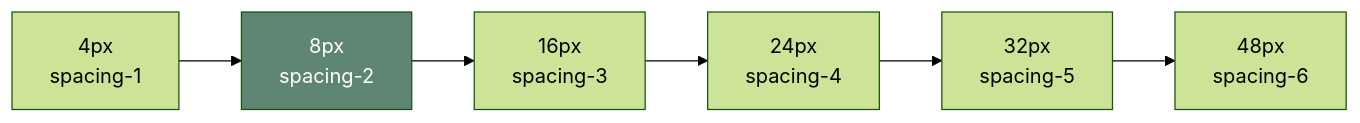
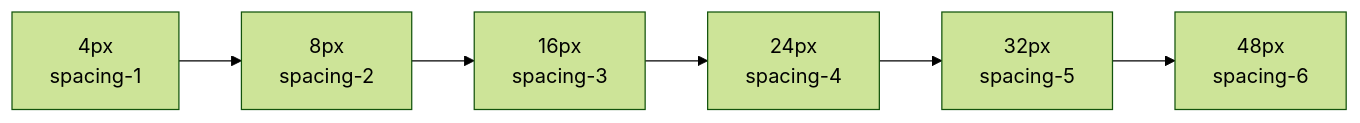
The second of 2 diagrams in _docs/technical/frontend/themes/README.md (haowjy/meridian-flow), drawn with Mermaid (forest theme) before and after one commit. The commit also changed other lines of this file and 46 other files, not shown here.

````diff
--- a/_docs/technical/frontend/themes/README.md
+++ b/_docs/technical/frontend/themes/README.md
@@ -59,13 +56,12 @@
 ```mermaid
 flowchart LR
     S1["4px<br/>spacing-1"]
     S2["8px<br/>spacing-2"]
     S3["16px<br/>spacing-3"]
     S4["24px<br/>spacing-4"]
     S5["32px<br/>spacing-5"]
     S6["48px<br/>spacing-6"]
 
     S1 --> S2 --> S3 --> S4 --> S5 --> S6
 
-    style S2 fill:#5F8575,color:#fff
 ```
````
